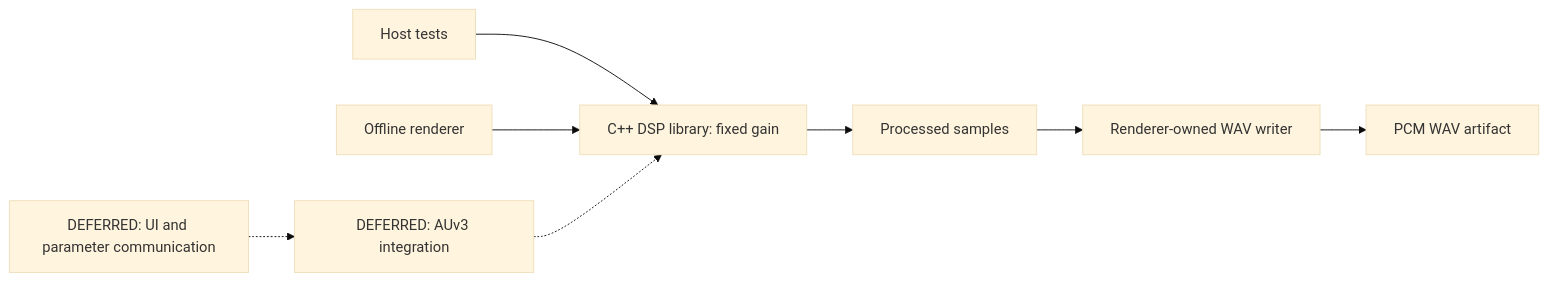
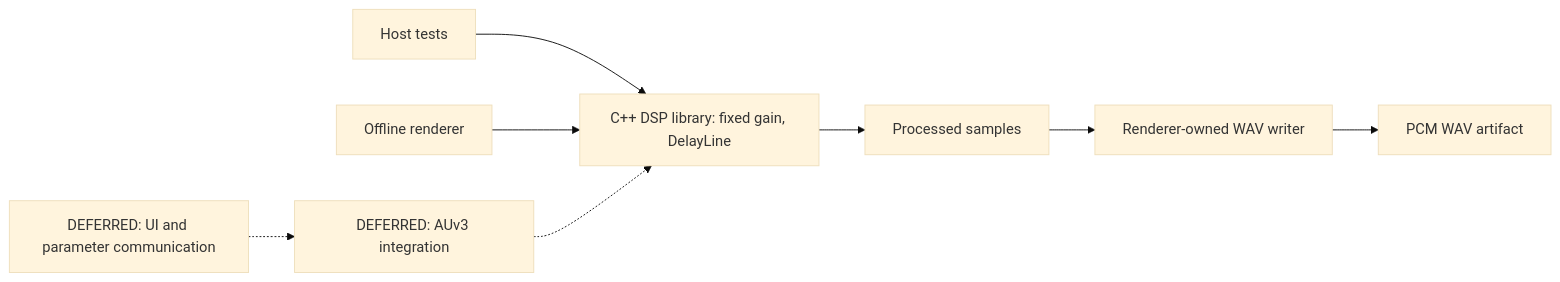
One commit to joshband/aetherfield changed the diagram in docs/architecture.md. Above: the diagram before and after it, drawn with Mermaid (base theme). The commit also changed other lines of this file and 11 other files, not shown here.

````diff
--- a/docs/architecture.md
+++ b/docs/architecture.md
@@ -7,10 +7,10 @@
 ```mermaid
 flowchart LR
-    TEST["Host tests"] --> DSP["C++ DSP library: fixed gain"]
+    TEST["Host tests"] --> DSP["C++ DSP library: fixed gain, DelayLine"]
     RENDER["Offline renderer"] --> DSP
     DSP --> PCM["Processed samples"]
     PCM --> WRITER["Renderer-owned WAV writer"]
     WRITER --> WAV["PCM WAV artifact"]
     FUTURE["DEFERRED: AUv3 integration"] -.-> DSP
     UI["DEFERRED: UI and parameter communication"] -.-> FUTURE
 ```
````
